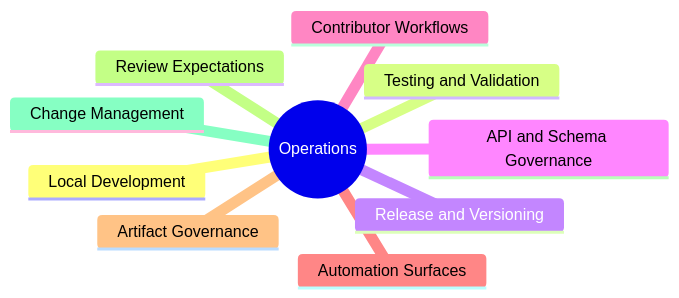
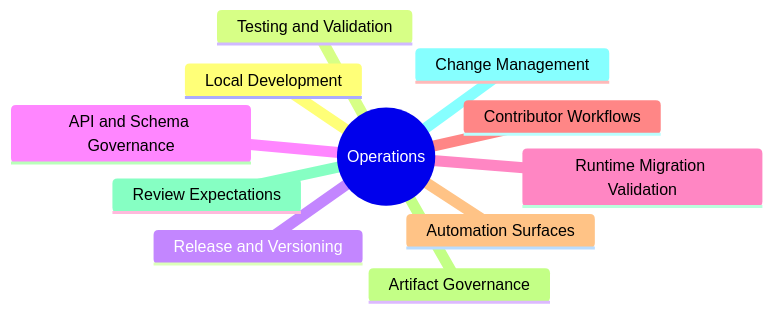
One commit to bijux/bijux-proteomics changed the diagram in docs/01-bijux-proteomics/operations/index.md. Above: the diagram before and after it, drawn with Mermaid. The commit also changed other lines of this file and 1 other file, not shown here.

Commit message:
docs(nav): register runtime migration validation runbook in operations navigation

````diff
--- a/docs/01-bijux-proteomics/operations/index.md
+++ b/docs/01-bijux-proteomics/operations/index.md
@@ -20,13 +20,14 @@
 ```mermaid
 mindmap
   root((Operations))
     Local Development
     Testing and Validation
     Release and Versioning
     API and Schema Governance
+    Runtime Migration Validation
     Contributor Workflows
     Automation Surfaces
     Artifact Governance
     Review Expectations
     Change Management
 ```
````
